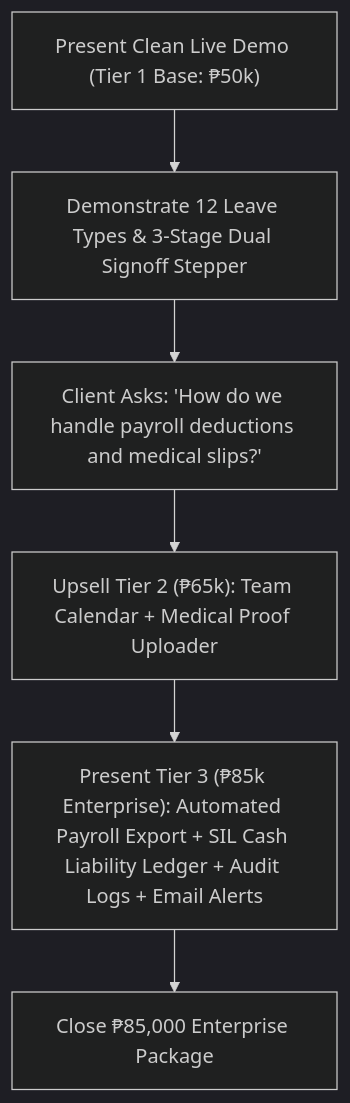
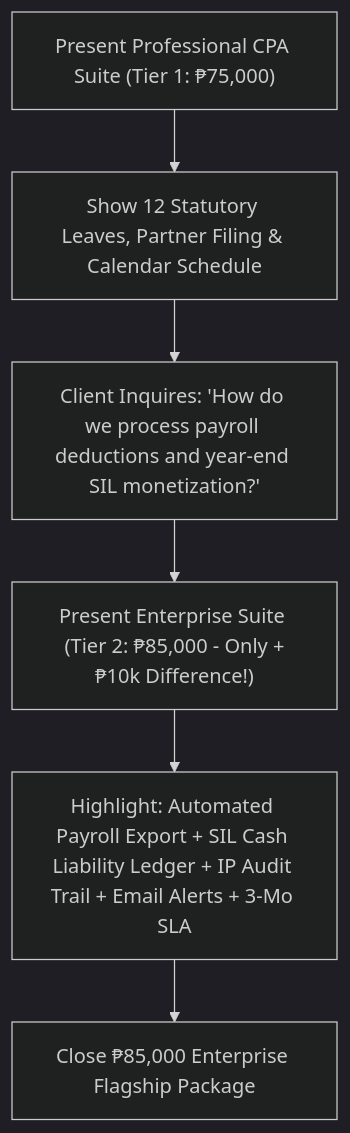
Before and after one commit to ggaaiiaaaaaa/leave-management: the diagram in PROPOSAL_TIERS.md, drawn with Mermaid (dark theme). The commit also changed other lines of this file and 1 other file, not shown here.

Commit message:
Update proposal tiers to 2 clean options: 75k and 85k in markdown and Word DOCX

````diff
--- a/PROPOSAL_TIERS.md
+++ b/PROPOSAL_TIERS.md
@@ -75,8 +69,8 @@
 ```mermaid
 graph TD
-    A["Present Clean Live Demo (Tier 1 Base: ₱50k)"] --> B["Demonstrate 12 Leave Types & 3-Stage Dual Signoff Stepper"]
-    B --> C["Client Asks: 'How do we handle payroll deductions and medical slips?'"]
-    C --> D["Upsell Tier 2 (₱65k): Team Calendar + Medical Proof Uploader"]
-    D --> E["Present Tier 3 (₱85k Enterprise): Automated Payroll Export + SIL Cash Liability Ledger + Audit Logs + Email Alerts"]
-    E --> F["Close ₱85,000 Enterprise Package"]
+    A["Present Professional CPA Suite (Tier 1: ₱75,000)"] --> B["Show 12 Statutory Leaves, Partner Filing & Calendar Schedule"]
+    B --> C["Client Inquires: 'How do we process payroll deductions and year-end SIL monetization?'"]
+    C --> D["Present Enterprise Suite (Tier 2: ₱85,000 - Only +₱10k Difference!)"]
+    D --> E["Highlight: Automated Payroll Export + SIL Cash Liability Ledger + IP Audit Trail + Email Alerts + 3-Mo SLA"]
+    E --> F["Close ₱85,000 Enterprise Flagship Package"]
 ```
````
